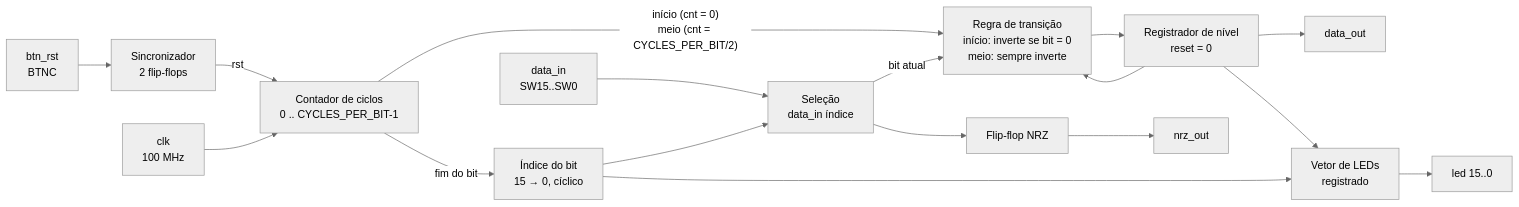
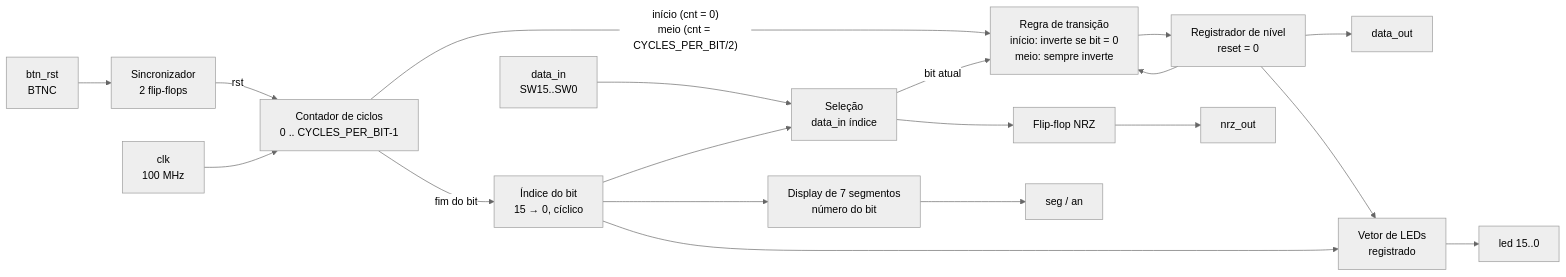
One commit to aishiteirai/modulacao_manchester_vhdl_fpga changed the diagram in manchester_diferencial/docs/documentacao_projeto.md. Above: the diagram before and after it, drawn with Mermaid (neutral theme). The commit also changed other lines of this file and 1 other file, not shown here.

First line of the commit message:
Documentação técnica: display de 7 segmentos e variações PMOD/VGA (Refs #13)

````diff
--- a/manchester_diferencial/docs/documentacao_projeto.md
+++ b/manchester_diferencial/docs/documentacao_projeto.md
@@ -20,17 +20,18 @@
 ```mermaid
 flowchart LR
     BTN[btn_rst<br/>BTNC] --> SYNC[Sincronizador<br/>2 flip-flops]
     SYNC -->|rst| CNT
     CLK[clk<br/>100 MHz] --> CNT[Contador de ciclos<br/>0 .. CYCLES_PER_BIT-1]
     CNT -->|fim do bit| IDX[Índice do bit<br/>15 → 0, cíclico]
     CNT -->|"início (cnt = 0)<br/>meio (cnt = CYCLES_PER_BIT/2)"| RULE
     SW[data_in<br/>SW15..SW0] --> MUX[Seleção<br/>data_in índice]
     IDX --> MUX
     MUX -->|bit atual| RULE[Regra de transição<br/>início: inverte se bit = 0<br/>meio: sempre inverte]
     NIV[Registrador de nível<br/>reset = 0] --> RULE
     RULE --> NIV
     NIV --> OUT1[data_out]
     MUX --> NRZ[Flip-flop NRZ] --> OUT2[nrz_out]
     NIV --> LEDS[Vetor de LEDs<br/>registrado] --> OUT3[led 15..0]
     IDX --> LEDS
+    IDX --> DISP[Display de 7 segmentos<br/>número do bit] --> OUT4[seg / an]
 ```
````
